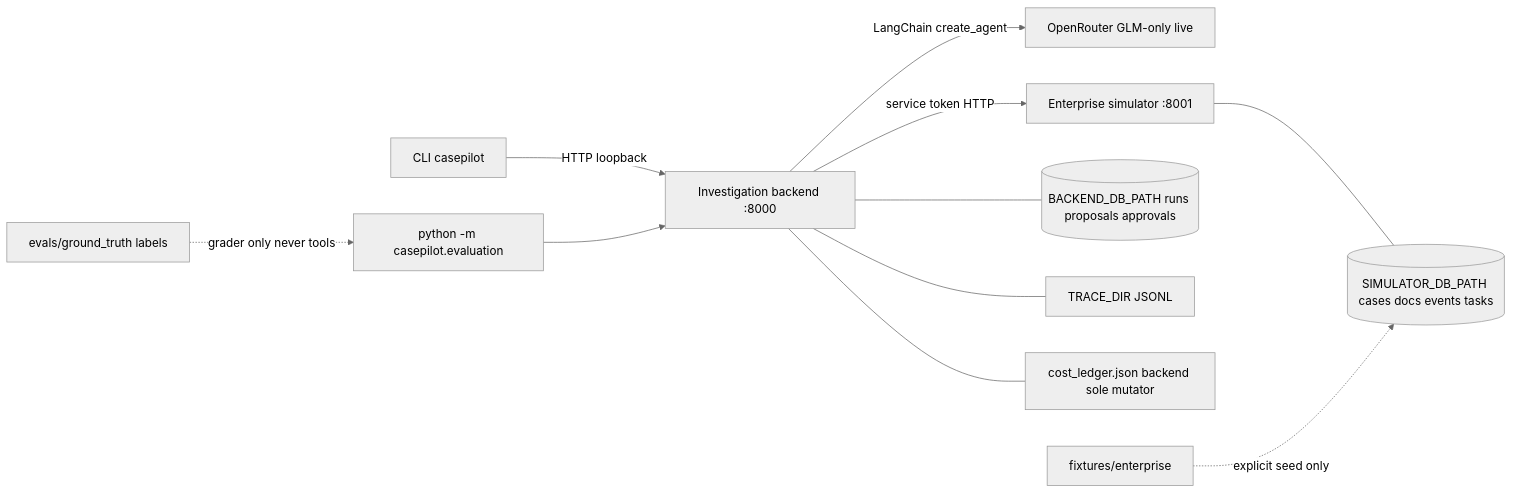
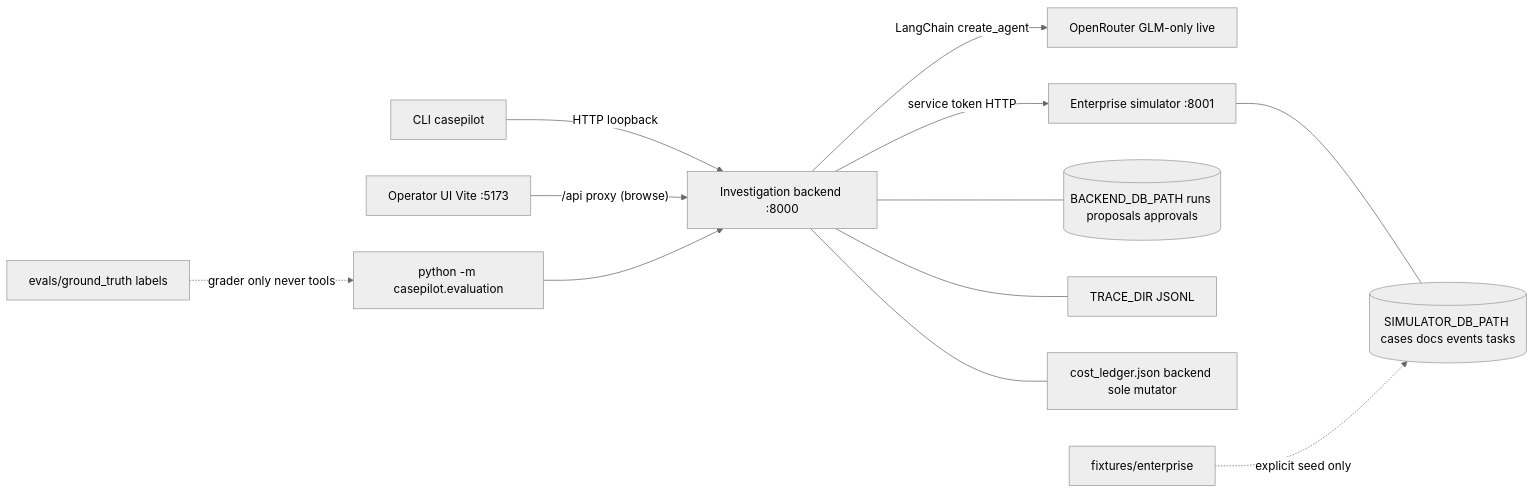
One commit to joshua-decristi/case-pilot changed the diagram in docs/architecture.md. Above: the diagram before and after it, drawn with Mermaid (neutral theme). The commit also changed other lines of this file and 21 other files, not shown here.

First line of the commit message:
frontend: operator case-list browse UI with secure /api proxy

````diff
--- a/docs/architecture.md
+++ b/docs/architecture.md
@@ -7,13 +7,14 @@
 ```mermaid
 flowchart LR
   CLI["CLI casepilot"] -->|HTTP loopback| BE["Investigation backend :8000"]
+  UI["Operator UI Vite :5173"] -->|"/api proxy (browse)"| BE
   BE -->|LangChain create_agent| OR["OpenRouter GLM-only live"]
   BE -->|service token HTTP| SIM["Enterprise simulator :8001"]
   BE --- BDB[("BACKEND_DB_PATH runs proposals approvals")]
   BE --- TR["TRACE_DIR JSONL"]
   BE --- LED["cost_ledger.json backend sole mutator"]
   SIM --- SDB[("SIMULATOR_DB_PATH cases docs events tasks")]
   FIX["fixtures/enterprise"] -.->|explicit seed only| SDB
   LAB["evals/ground_truth labels"] -.->|grader only never tools| EV["python -m casepilot.evaluation"]
   EV --> BE
 ```
````
